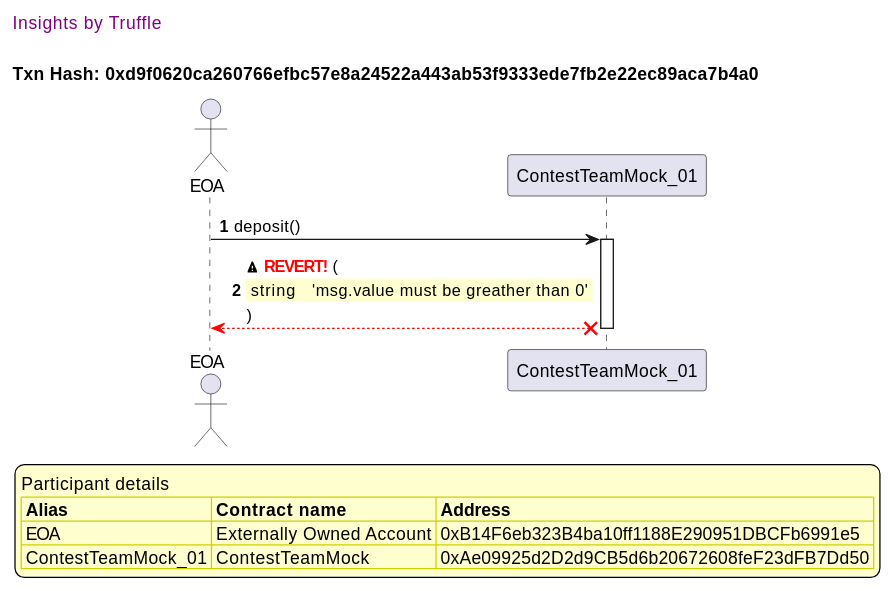
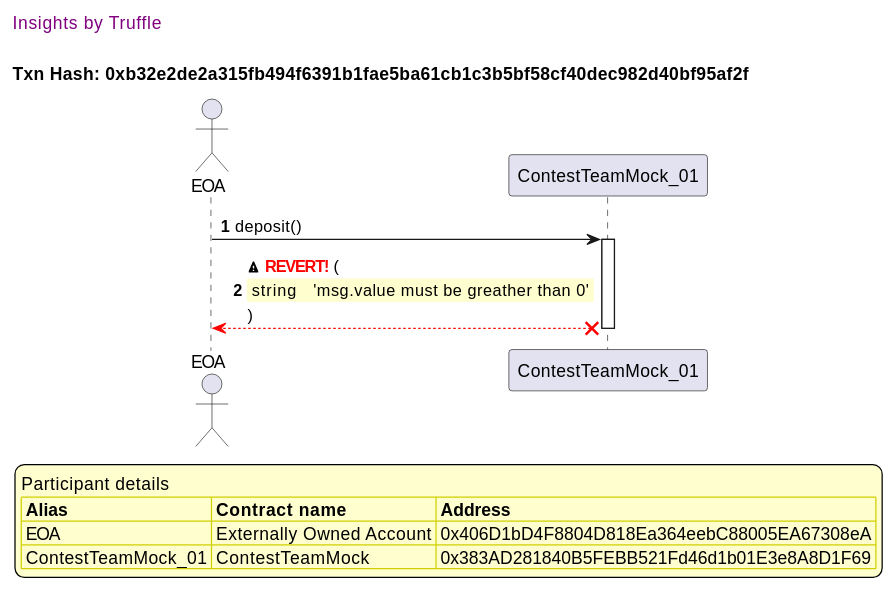
Diagram 13 of 50 in truffle-seq/core_contestteam.md (fodisi/hackapay), drawn with PlantUML before and after one commit. The commit also changed other lines of this file and 10 other files, not shown here.

````diff
--- a/truffle-seq/core_contestteam.md
+++ b/truffle-seq/core_contestteam.md
@@ -1121,40 +1116,40 @@
 ```plantuml
 
 
 @startuml
 
 autonumber
 skinparam legendBackgroundColor #FEFECE
 
 <style>
       header {
         HorizontalAlignment left
         FontColor purple
         FontSize 14
         Padding 10
       }
     </style>
 
 header Insights by Truffle
 
-title Txn Hash: 0xd9f0620ca260766efbc57e8a24522a443ab53f9333ede7fb2e22ec89aca7b4a0
+title Txn Hash: 0xb32e2de2a315fb494f6391b1fae5ba61cb1c3b5bf58cf40dec982d40bf95af2f
 
 
 actor EOA as "EOA"
 participant ContestTeamMock_01 as "ContestTeamMock_01"
 
 "EOA" -> "ContestTeamMock_01" ++: deposit()
 "ContestTeamMock_01" x-[#red]-> "EOA" --: <&warning> <color #red>**REVERT!**</color> (\n\
 <#FEFECE,#FEFECE>| string |  | 'msg.value must be greather than 0' |\n\
 )
 deactivate "ContestTeamMock_01"
 
 legend
 Participant details
 <#FEFECE,#D0D000>|= Alias |= Contract name |= Address |
-<#FEFECE>| EOA | Externally Owned Account | 0xB14F6eb323B4ba10ff1188E290951DBCFb6991e5 |
-<#FEFECE>| ContestTeamMock_01 | ContestTeamMock | 0xAe09925d2D2d9CB5d6b20672608feF23dFB7Dd50 |
+<#FEFECE>| EOA | Externally Owned Account | 0x406D1bD4F8804D818Ea364eebC88005EA67308eA |
+<#FEFECE>| ContestTeamMock_01 | ContestTeamMock | 0x383AD281840B5FEBB521Fd46d1b01E3e8A8D1F69 |
 endlegend
 
 @enduml
 ```
````
